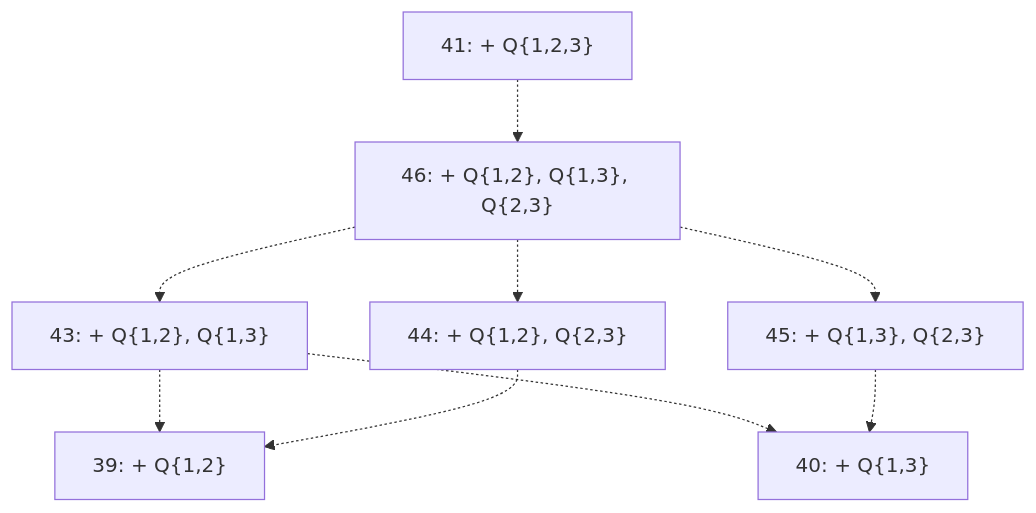
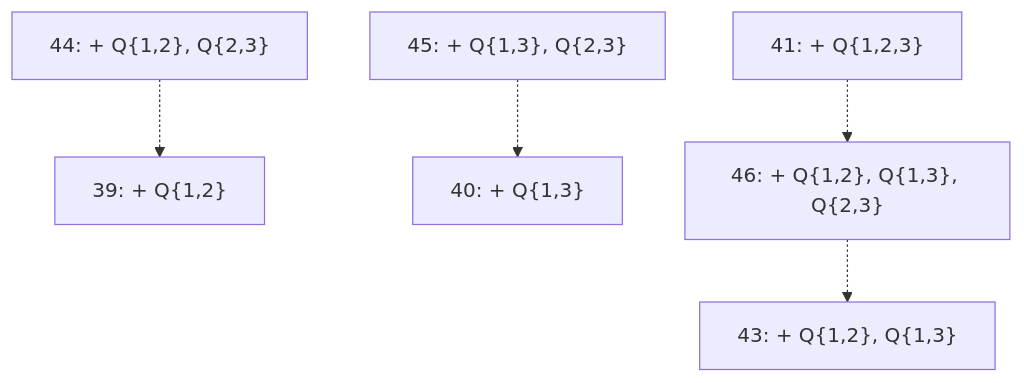
Before and after one commit to eliewolfe/mDAG-analysis: the fourth of 4 diagrams in manuscript/open_classes.md, drawn with Mermaid. The commit also changed other lines of this file and 11 other files, not shown here.

````diff
--- a/manuscript/open_classes.md
+++ b/manuscript/open_classes.md
@@ -236,11 +308,7 @@
 ```mermaid
 flowchart TB
+    c44["44: + Q{1,2}, Q{2,3}"] -.-> c39["39: + Q{1,2}"]
+    c45["45: + Q{1,3}, Q{2,3}"] -.-> c40["40: + Q{1,3}"]
     c41["41: + Q{1,2,3}"] -.-> c46["46: + Q{1,2}, Q{1,3}, Q{2,3}"]
     c46 -.-> c43["43: + Q{1,2}, Q{1,3}"]
-    c46 -.-> c44["44: + Q{1,2}, Q{2,3}"]
-    c46 -.-> c45["45: + Q{1,3}, Q{2,3}"]
-    c43 -.-> c39["39: + Q{1,2}"]
-    c43 -.-> c40["40: + Q{1,3}"]
-    c44 -.-> c39
-    c45 -.-> c40
 ```
````
